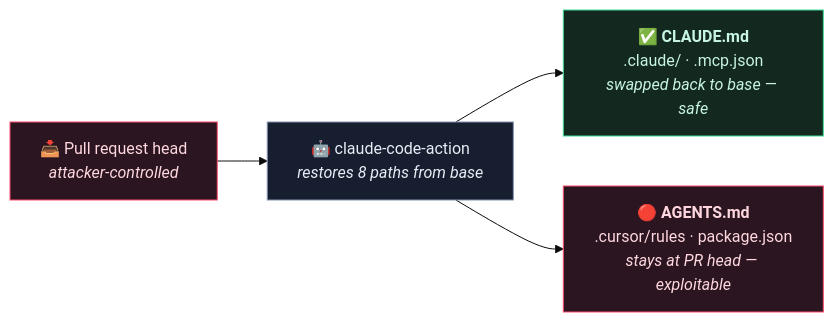
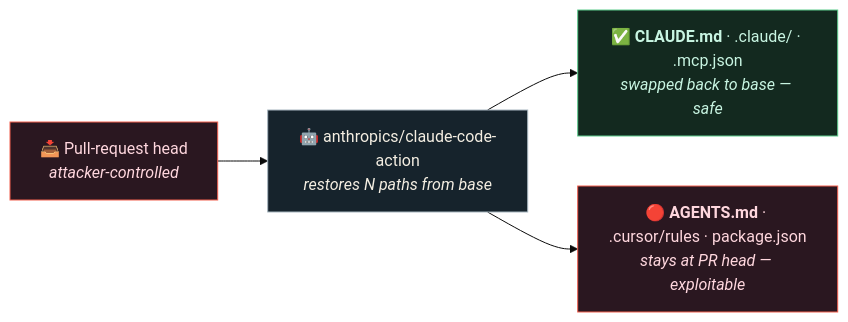
The sixth of 7 diagrams in README.md (girnarholdings/TriDelPhi), drawn with Mermaid (base theme) before and after one commit. The commit also changed other lines of this file, not shown here.

First line of the commit message:
Rewrite the README as a technical deep-dive with architecture graphs and credits

````diff
--- a/README.md
+++ b/README.md
@@ -140,11 +245,11 @@
 ```mermaid
 flowchart LR
-    PR["📥 Pull request head<br/><i>attacker-controlled</i>"] --> ACT["🤖 claude-code-action<br/><i>restores 8 paths from base</i>"]
-    ACT --> SAFE["✅ <b>CLAUDE.md</b><br/>.claude/ · .mcp.json<br/><i>swapped back to base — safe</i>"]
-    ACT --> BAD["🔴 <b>AGENTS.md</b><br/>.cursor/rules · package.json<br/><i>stays at PR head — exploitable</i>"]
+    PR["📥 Pull-request head<br/><i>attacker-controlled</i>"] --> ACT["🤖 anthropics/claude-code-action<br/><i>restores N paths from base</i>"]
+    ACT --> SAFE["✅ <b>CLAUDE.md</b> · .claude/ · .mcp.json<br/><i>swapped back to base — safe</i>"]
+    ACT --> BAD["🔴 <b>AGENTS.md</b> · .cursor/rules · package.json<br/><i>stays at PR head — exploitable</i>"]
 
-    style PR fill:#2a1520,stroke:#ff4d6d,color:#ffd7de
-    style ACT fill:#171e30,stroke:#8493b0,color:#e8ecf5
-    style SAFE fill:#13291f,stroke:#3ddc97,color:#c8f5e2
-    style BAD fill:#2a1520,stroke:#ff4d6d,color:#ffd7de
+    style PR fill:#2a1720,stroke:#f2604f,color:#ffd7de
+    style ACT fill:#16232c,stroke:#a7b6bf,color:#f4eee2
+    style SAFE fill:#13291f,stroke:#5ccb8c,color:#c8f5e2
+    style BAD fill:#2a1720,stroke:#f2604f,color:#ffd7de
 ```
````
